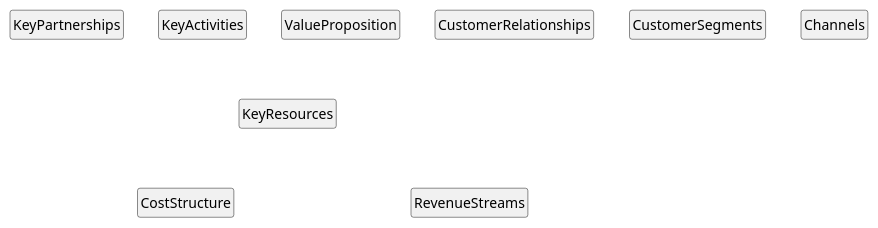
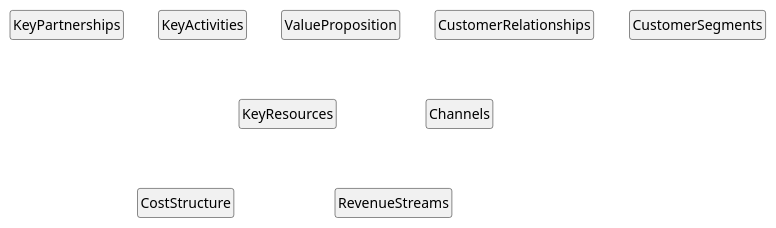
The diagram in Systemudvikling 2. sem/Opgaver/Hurtig biludlejning - FML.plantuml (FilipMeldal/Team1A), drawn with PlantUML before and after one commit.

Commit message:
Update Hurtig biludlejning - FML.plantuml
FML er sat op korrekt nu

```diff
--- a/Systemudvikling 2. sem/Opgaver/Hurtig biludlejning - FML.plantuml
+++ b/Systemudvikling 2. sem/Opgaver/Hurtig biludlejning - FML.plantuml
@@ -1,57 +1,58 @@
 @startuml
 hide circle
 hide empty members
 
 class KeyPartnerships
 {
 }
 
 class KeyActivities
 {
 
 }
 
 class ValueProposition
 {
 
 }
 class CustomerRelationships
 {
 
 }
 class Channels
 {
 
 }
 class CustomerSegments
 {
 
 }
 class CostStructure
 {
 }
 class RevenueStreams
 {
 }
 
 class KeyResources
 {
 }
 
 KeyPartnerships -[hidden]right-> KeyActivities
 KeyActivities -[hidden]right-> ValueProposition
 KeyActivities -[hidden]down-> CostStructure
 
 ValueProposition -[hidden]right-> CustomerRelationships
 CustomerRelationships -[hidden]right-> Channels
 KeyPartnerships -[hidden]down-> CostStructure
 
 KeyActivities -[hidden]down-> KeyResources
 KeyResources -[hidden]down-> CostStructure
-CustomerRelationships -[hidden]down-> Channels
+
+Channels -[hidden]down-> Channels
 Channels -[hidden]down-> RevenueStreams
 CustomerRelationships -[hidden]right-> CustomerSegments
 KeyResources -[hidden]down-> RevenueStreams
 
 ValueProposition -[hidden]right-> CustomerSegments
 @enduml
```
